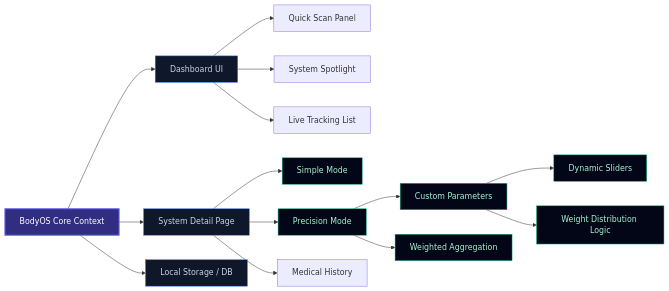
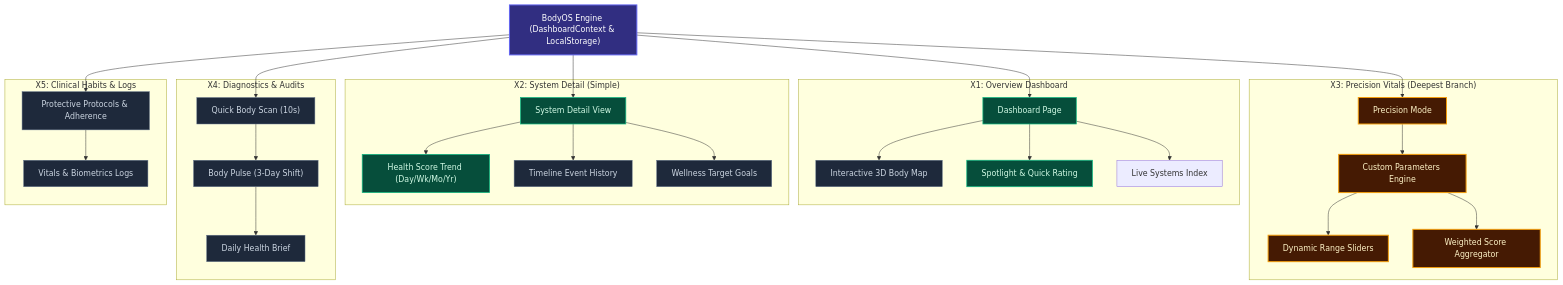
One commit to thisisyashsharma/bodyOS changed the first of 2 diagrams in TRACKING_MAP.md. Above: the diagram before and after it, drawn with Mermaid. The commit also changed other lines of this file, not shown here.

Commit message:
docs: refine TRACKING_MAP with X as diversity and Y as depth

````diff
--- a/TRACKING_MAP.md
+++ b/TRACKING_MAP.md
@@ -9,35 +30,74 @@
 ```mermaid
-flowchart LR
-    %% Core System
-    Core["BodyOS Core Context"]
-    
-    %% Main Branches
-    Core --> Dashboard["Dashboard UI"]
-    Core --> SystemDetail["System Detail Page"]
-    Core --> DataStore["Local Storage / DB"]
+flowchart TD
+    %% Level 0: Trunk
+    Root["BodyOS Engine (DashboardContext & LocalStorage)"]
 
-    %% Dashboard Sub-branches
-    Dashboard --> QuickScan["Quick Scan Panel"]
-    Dashboard --> Spotlight["System Spotlight"]
-    Dashboard --> LiveTracker["Live Tracking List"]
+    %% Level 1: Diversity (X-Axis Spread)
+    subgraph X1 ["X1: Overview Dashboard"]
+        D_Main["Dashboard Page"]
+        D_Map["Interactive 3D Body Map"]
+        D_Spot["Spotlight & Quick Rating"]
+        D_List["Live Systems Index"]
+    end
 
-    %% System Detail Sub-branches
-    SystemDetail --> SimpleMode["Simple Mode"]
-    SystemDetail --> PrecisionMode["Precision Mode"]
-    SystemDetail --> MedHistory["Medical History"]
+    subgraph X2 ["X2: System Detail (Simple)"]
+        S_Main["System Detail View"]
+        S_Trends["Health Score Trend (Day/Wk/Mo/Yr)"]
+        S_History["Timeline Event History"]
+        S_Goals["Wellness Target Goals"]
+    end
 
-    %% Precision Mode deep branches (The furthest branched out)
-    PrecisionMode --> CustomParams["Custom Parameters"]
-    PrecisionMode --> Aggregation["Weighted Aggregation"]
-    CustomParams --> Sliders["Dynamic Sliders"]
-    CustomParams --> WeightDistrib["Weight Distribution Logic"]
+    subgraph X3 ["X3: Precision Vitals (Deepest Branch)"]
+        P_Main["Precision Mode"]
+        P_Params["Custom Parameters Engine"]
+        P_Sliders["Dynamic Range Sliders"]
+        P_Weights["Weighted Score Aggregator"]
+    end
 
-    %% Styling
-    classDef core fill:#312e81,stroke:#6366f1,stroke-width:2px,color:#fff;
-    classDef branch fill:#0f172a,stroke:#3b82f6,color:#cbd5e1;
-    classDef deep fill:#020617,stroke:#10b981,color:#a7f3d0;
+    subgraph X4 ["X4: Diagnostics & Audits"]
+        A_Quick["Quick Body Scan (10s)"]
+        A_Pulse["Body Pulse (3-Day Shift)"]
+        A_Brief["Daily Health Brief"]
+    end
 
-    class Core core;
-    class Dashboard,SystemDetail,DataStore branch;
-    class SimpleMode,PrecisionMode,CustomParams,Aggregation,Sliders,WeightDistrib deep;
+    subgraph X5 ["X5: Clinical Habits & Logs"]
+        H_Habits["Protective Protocols & Adherence"]
+        H_Metrics["Vitals & Biometrics Logs"]
+    end
+
+    %% Connections showing Depth (Y-Axis)
+    Root --> D_Main
+    Root --> S_Main
+    Root --> P_Main
+    Root --> A_Quick
+    Root --> H_Habits
+
+    %% Depth Level 2 & 3
+    D_Main --> D_Map
+    D_Main --> D_Spot
+    D_Main --> D_List
+
+    S_Main --> S_Trends
+    S_Main --> S_History
+    S_Main --> S_Goals
+
+    P_Main --> P_Params
+    P_Params --> P_Sliders
+    P_Params --> P_Weights
+
+    A_Quick --> A_Pulse
+    A_Pulse --> A_Brief
+
+    H_Habits --> H_Metrics
+
+    %% Importance Styling
+    classDef critical fill:#312e81,stroke:#6366f1,stroke-width:2px,color:#fff;
+    classDef highVal fill:#064e3b,stroke:#10b981,stroke-width:1.5px,color:#d1fae5;
+    classDef secondary fill:#1e293b,stroke:#64748b,color:#cbd5e1;
+    classDef deepBranch fill:#451a03,stroke:#f59e0b,stroke-width:2px,color:#fef3c7;
+
+    class Root critical;
+    class P_Main,P_Params,P_Sliders,P_Weights deepBranch;
+    class D_Main,S_Main,D_Spot,S_Trends highVal;
+    class D_Map,S_History,S_Goals,A_Quick,A_Pulse,A_Brief,H_Habits,H_Metrics secondary;
 ```
````
